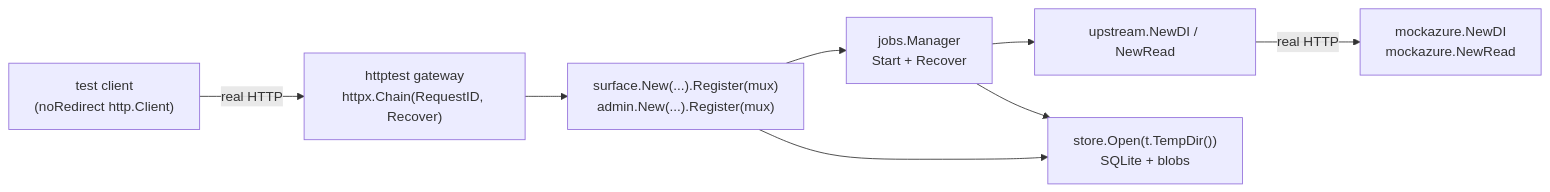
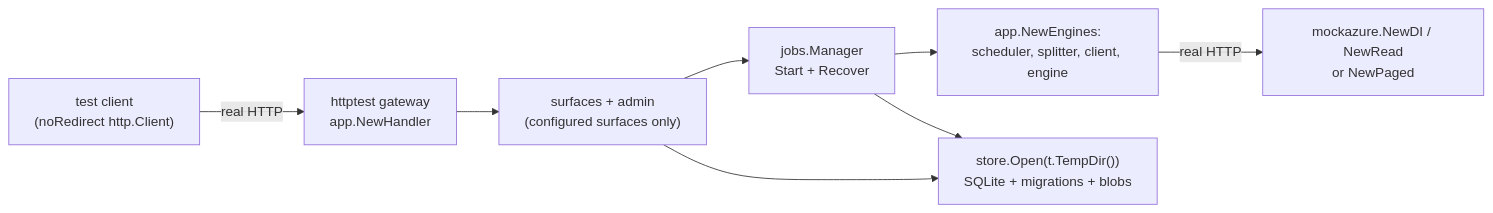
One commit to NilenduGanguli/azure-gateway-api changed the diagram in docs/TESTING.md. Above: the diagram before and after it, drawn with Mermaid. The commit also changed other lines of this file and 8 other files, not shown here.

First line of the commit message:
docs: sync-only upstream, splitting, migrations, operations and handoff

````diff
--- a/docs/TESTING.md
+++ b/docs/TESTING.md
@@ -44,10 +44,10 @@
 ```mermaid
 flowchart LR
-  C["test client<br/>(noRedirect http.Client)"] -->|real HTTP| G["httptest gateway<br/>httpx.Chain(RequestID, Recover)"]
-  G --> S["surface.New(...).Register(mux)<br/>admin.New(...).Register(mux)"]
+  C["test client<br/>(noRedirect http.Client)"] -->|real HTTP| G["httptest gateway<br/>app.NewHandler"]
+  G --> S["surfaces + admin<br/>(configured surfaces only)"]
   S --> J["jobs.Manager<br/>Start + Recover"]
-  J --> U["upstream.NewDI / NewRead"]
-  S --> ST["store.Open(t.TempDir())<br/>SQLite + blobs"]
+  J --> E["app.NewEngines:<br/>scheduler, splitter, client, engine"]
+  S --> ST["store.Open(t.TempDir())<br/>SQLite + migrations + blobs"]
   J --> ST
-  U -->|real HTTP| M["mockazure.NewDI<br/>mockazure.NewRead"]
+  E -->|real HTTP| M["mockazure.NewDI / NewRead<br/>or NewPaged"]
 ```
````
